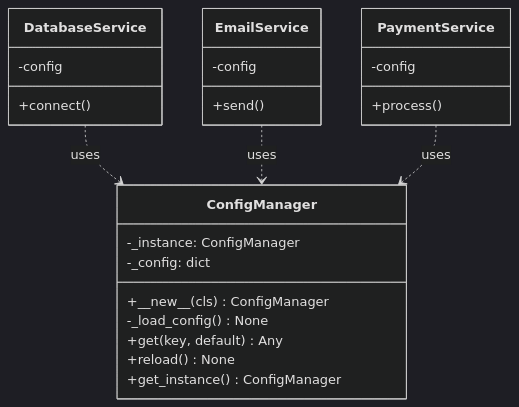
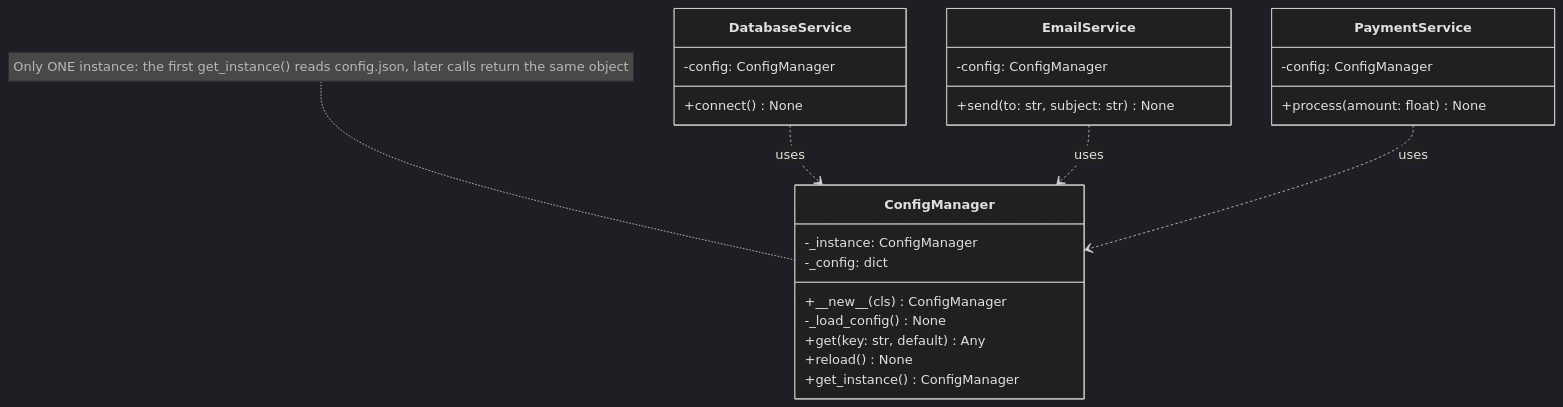
Before and after one commit to b00827704-ana/oop-ap-design-patterns: the diagram in creational/singleton/ULM.md, drawn with Mermaid (dark theme).

Commit message:
updated singleton ulm diagram wit methods and attributes

````diff
--- a/creational/singleton/ULM.md
+++ b/creational/singleton/ULM.md
@@ -3,29 +3,31 @@
 ```mermaid
 classDiagram
     class ConfigManager {
         -_instance: ConfigManager
         -_config: dict
         +#95;#95;new#95;#95;(cls) ConfigManager
         -_load_config() None
-        +get(key, default) Any
+        +get(key: str, default) Any
         +reload() None
         +get_instance() ConfigManager
     }
 
     class DatabaseService {
-        -config
-        +connect()
+        -config: ConfigManager
+        +connect() None
     }
     class EmailService {
-        -config
-        +send()
+        -config: ConfigManager
+        +send(to: str, subject: str) None
     }
     class PaymentService {
-        -config
-        +process()
+        -config: ConfigManager
+        +process(amount: float) None
     }
+
+    note for ConfigManager "Only ONE instance: the first get_instance() reads config.json, later calls return the same object"
 
     DatabaseService ..> ConfigManager : uses
     EmailService ..> ConfigManager : uses
     PaymentService ..> ConfigManager : uses
 ```
````
